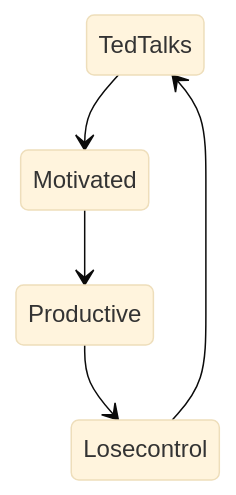
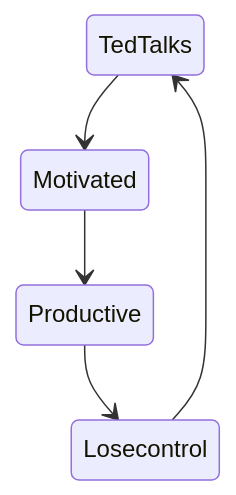
One commit to Gilberto-xyz/Ted-Talks changed the diagram in README.md. Above: the diagram before and after it, drawn with Mermaid.

````diff
--- a/README.md
+++ b/README.md
@@ -4,8 +4,8 @@
 ```mermaid
-%%{init: {'securityLevel': 'loose', 'theme':'base', 'darkMode': 'false'}}%%
+%%{init: {'securityLevel': 'loose', 'theme':'default'}}%%
 stateDiagram-v2
     TedTalks --> Motivated
     Motivated --> Productive
     Productive --> Losecontrol
     Losecontrol -->TedTalks 
 ```
````
